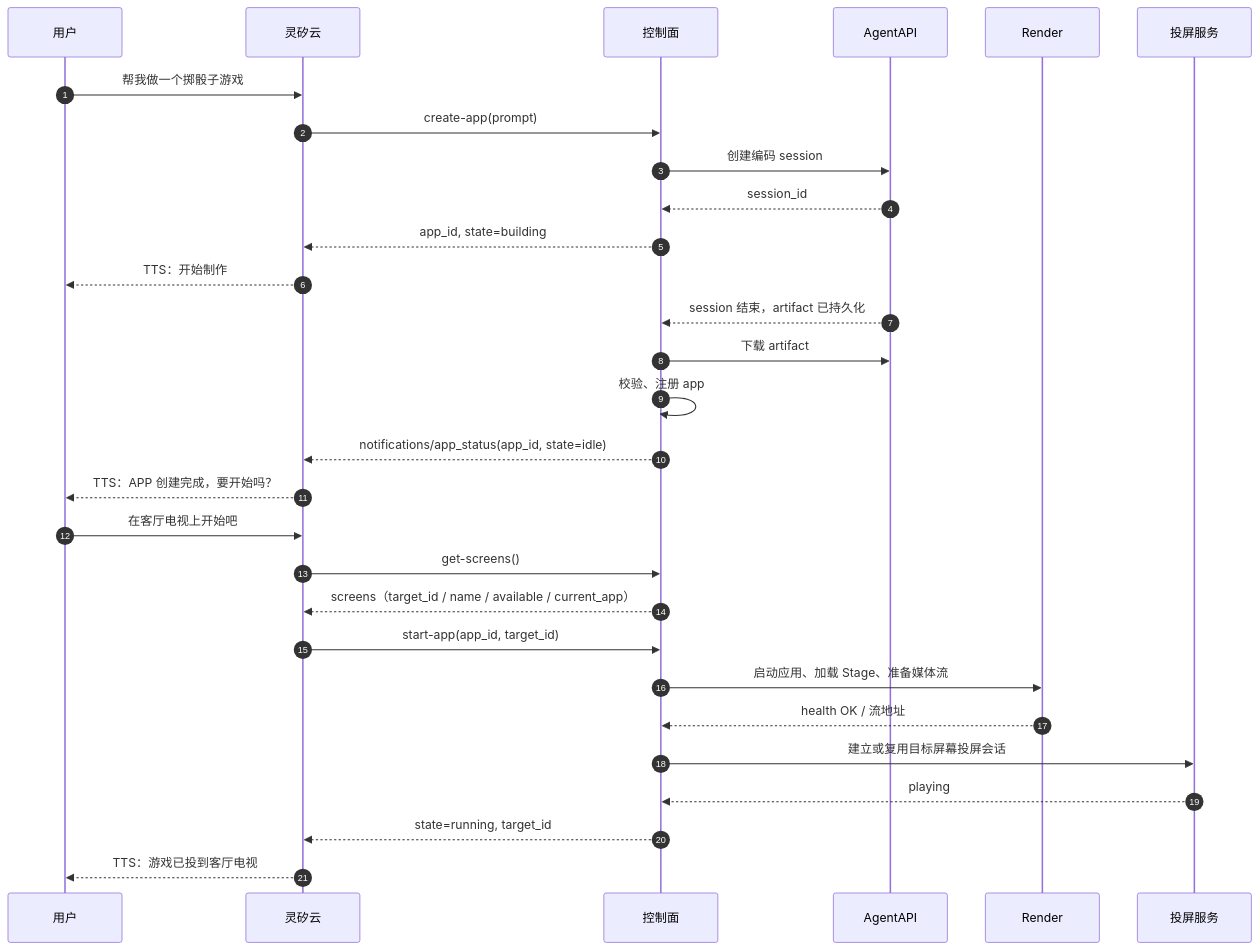
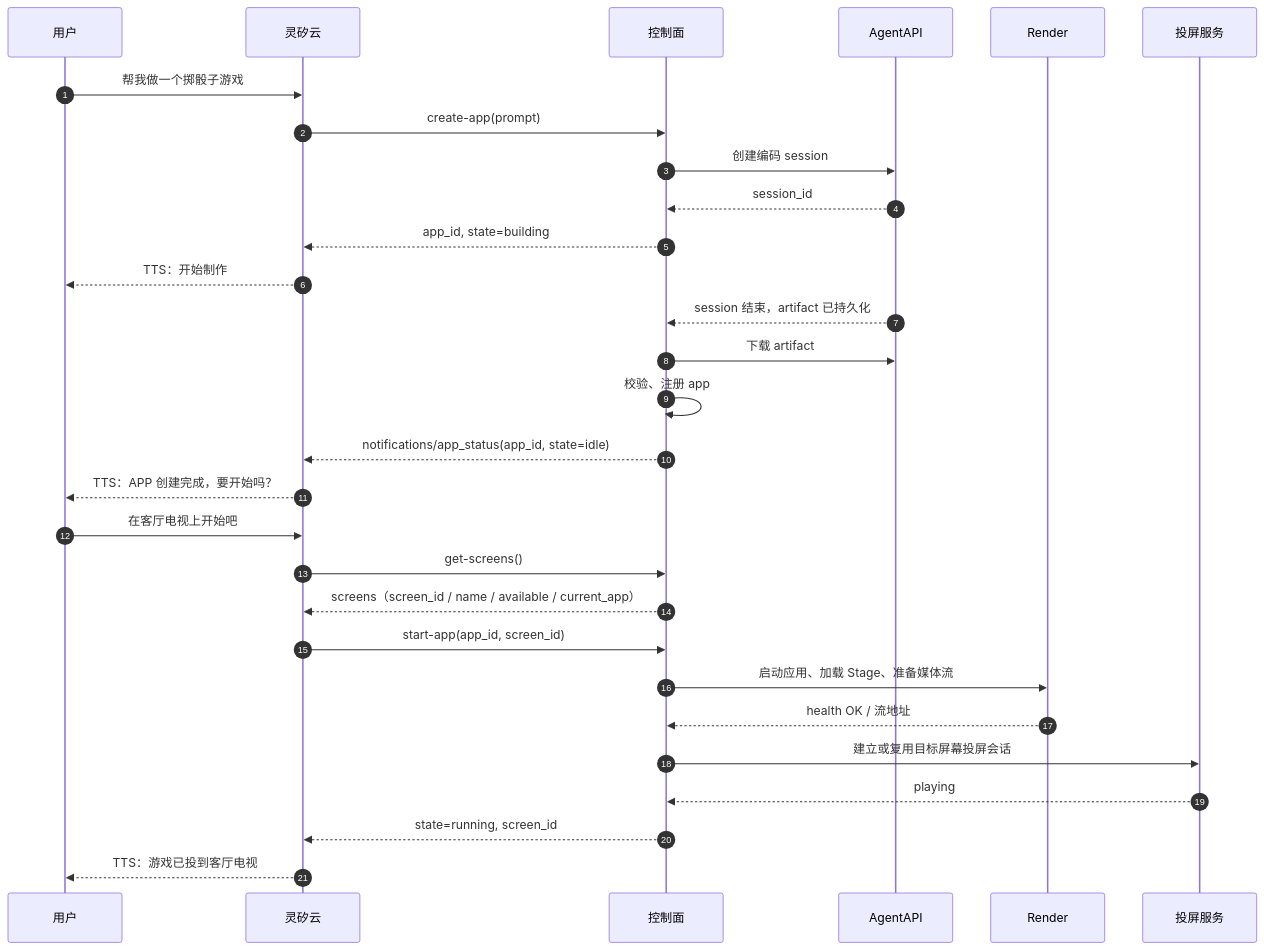
Before and after one commit to open-anywhere/open-anywhere: the second of 2 diagrams in docs/architecture.md, drawn with Mermaid. The commit also changed other lines of this file, not shown here.

Commit message:
docs: use screen_id in app management MCP

````diff
--- a/docs/architecture.md
+++ b/docs/architecture.md
@@ -396,34 +396,34 @@
 ```mermaid
 sequenceDiagram
   autonumber
   participant U as 用户
   participant L as 灵矽云
   participant C as 控制面
   participant A as AgentAPI
   participant R as Render
   participant P as 投屏服务
 
   U->>L: 帮我做一个掷骰子游戏
   L->>C: create-app(prompt)
   C->>A: 创建编码 session
   A-->>C: session_id
   C-->>L: app_id, state=building
   L-->>U: TTS：开始制作
 
   A-->>C: session 结束，artifact 已持久化
   C->>A: 下载 artifact
   C->>C: 校验、注册 app
   C-->>L: notifications/app_status(app_id, state=idle)
   L-->>U: TTS：APP 创建完成，要开始吗？
 
   U->>L: 在客厅电视上开始吧
   L->>C: get-screens()
-  C-->>L: screens（target_id / name / available / current_app）
-  L->>C: start-app(app_id, target_id)
+  C-->>L: screens（screen_id / name / available / current_app）
+  L->>C: start-app(app_id, screen_id)
   C->>R: 启动应用、加载 Stage、准备媒体流
   R-->>C: health OK / 流地址
   C->>P: 建立或复用目标屏幕投屏会话
   P-->>C: playing
-  C-->>L: state=running, target_id
+  C-->>L: state=running, screen_id
   L-->>U: TTS：游戏已投到客厅电视
 ```
````
